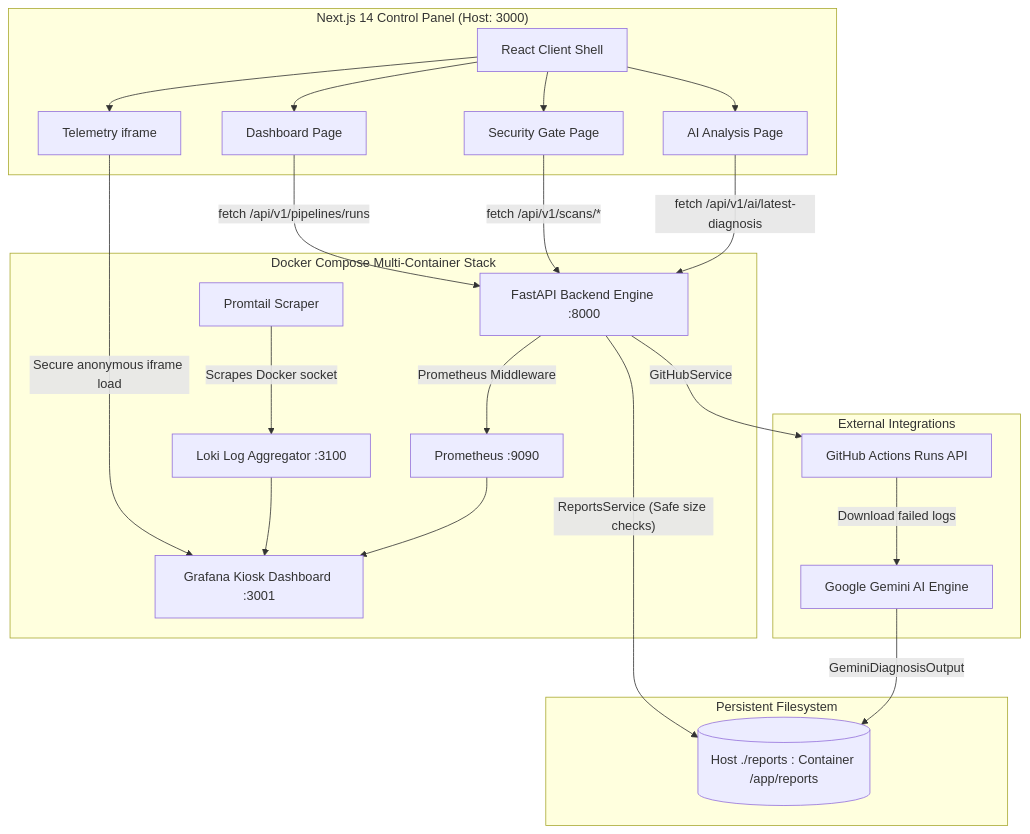
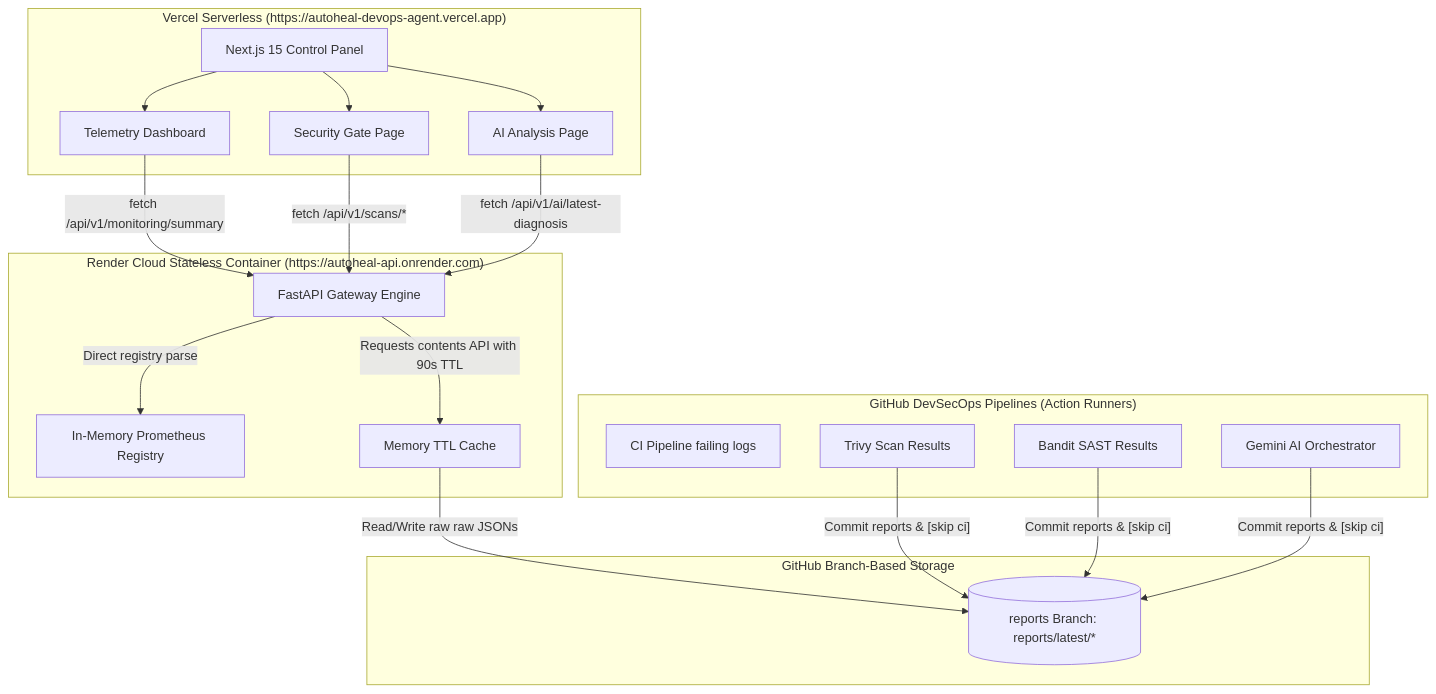
The diagram in README.md (sonakshi011/autoheal-devops-agent), drawn with Mermaid before and after one commit. The commit also changed other lines of this file and 18 other files, not shown here.

Commit message:
docs: modernize production architecture documentation

````diff
--- a/README.md
+++ b/README.md
@@ -21,47 +28,40 @@
 ```mermaid
 graph TB
-    subgraph "Next.js 14 Control Panel (Host: 3000)"
-        UI[React Client Shell]
-        DB_PG[Dashboard Page]
+    subgraph "Vercel Serverless (https://autoheal-devops-agent.vercel.app)"
+        UI[Next.js 15 Control Panel]
+        MN_PG[Telemetry Dashboard]
         SC_PG[Security Gate Page]
         AI_PG[AI Analysis Page]
-        MN_PG[Telemetry iframe]
     end
 
-    subgraph "Docker Compose Multi-Container Stack"
-        API[FastAPI Backend Engine :8000]
-        PROM[Prometheus :9090]
-        LOKI[Loki Log Aggregator :3100]
-        PROMTAIL[Promtail Scraper]
-        GRAF[Grafana Kiosk Dashboard :3001]
+    subgraph "Render Cloud Stateless Container (https://autoheal-api.onrender.com)"
+        API[FastAPI Gateway Engine]
+        REG[In-Memory Prometheus Registry]
+        CACHE[Memory TTL Cache]
     end
 
-    subgraph "External Integrations"
-        GH_API[GitHub Actions Runs API]
-        GEM_API[Google Gemini AI Engine]
+    subgraph "GitHub DevSecOps Pipelines (Action Runners)"
+        TEST_RUN[CI Pipeline failing logs]
+        TRIVY[Trivy Scan Results]
+        BANDIT[Bandit SAST Results]
+        GEMINI[Gemini AI Orchestrator]
     end
 
-    subgraph "Persistent Filesystem"
-        REP_DIR[(Host ./reports : Container /app/reports)]
+    subgraph "GitHub Branch-Based Storage"
+        BRANCH[(reports Branch: reports/latest/*)]
     end
 
-    %% Frontend Interactions
-    UI --> DB_PG & SC_PG & AI_PG & MN_PG
-    DB_PG -- "fetch /api/v1/pipelines/runs" --> API
+    %% Client Calls
+    UI --> MN_PG & SC_PG & AI_PG
+    MN_PG -- "fetch /api/v1/monitoring/summary" --> API
     SC_PG -- "fetch /api/v1/scans/*" --> API
     AI_PG -- "fetch /api/v1/ai/latest-diagnosis" --> API
-    MN_PG -- "Secure anonymous iframe load" --> GRAF
 
-    %% Backend Service Layer
-    API -- "GitHubService" --> GH_API
-    API -- "ReportsService (Safe size checks)" --> REP_DIR
-    API -- "Prometheus Middleware" --> PROM
+    %% Backend Services
+    API -- "Direct registry parse" --> REG
+    API -- "Requests contents API with 90s TTL" --> CACHE
+    CACHE -- "Read/Write raw raw JSONs" --> BRANCH
 
-    %% Observability Stream
-    PROMTAIL -- "Scrapes Docker socket" --> LOKI
-    LOKI & PROM --> GRAF
-    
-    %% AI Pipeline Runner (scripts/analyze_failure.py)
-    GH_API -- "Download failed logs" --> GEM_API
-    GEM_API -- "GeminiDiagnosisOutput" --> REP_DIR
+    %% DevSecOps pipeline push
+    TRIVY & BANDIT & GEMINI -- "Commit reports & [skip ci]" --> BRANCH
 ```
````
